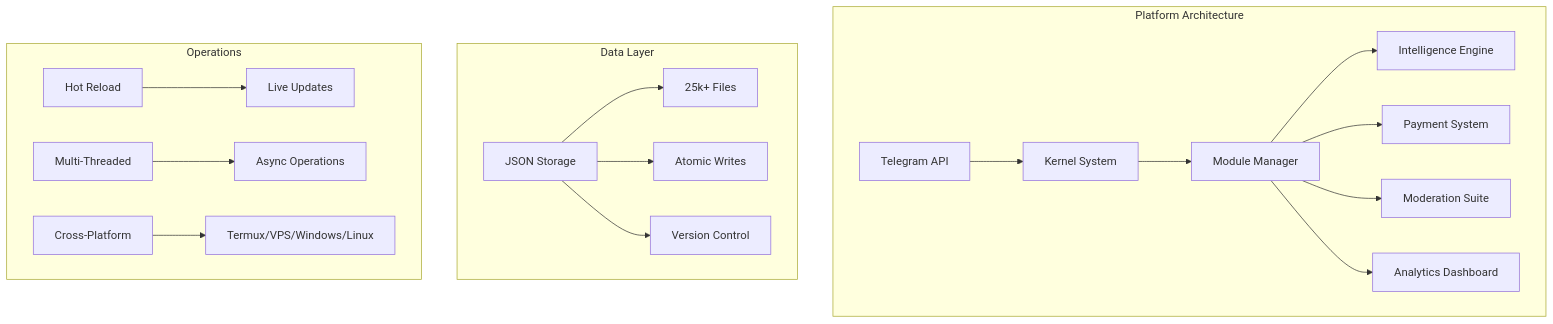
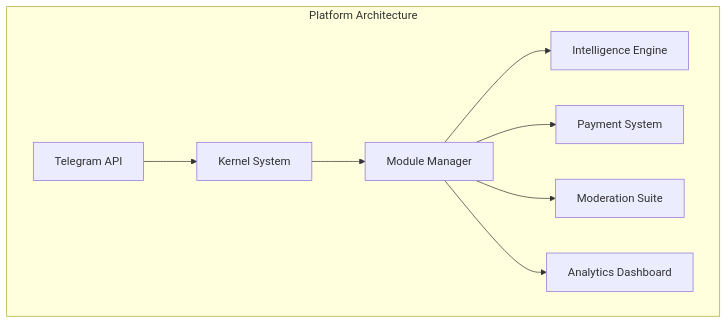
The first of 3 diagrams in README.md (master-pd/blue-rose), drawn with Mermaid before and after one commit.

````diff
--- a/README.md
+++ b/README.md
@@ -33,22 +33,11 @@
 ```mermaid
 graph TB
     subgraph "Platform Architecture"
         A[Telegram API] --> B[Kernel System]
         B --> C[Module Manager]
         C --> D[Intelligence Engine]
         C --> E[Payment System]
         C --> F[Moderation Suite]
         C --> G[Analytics Dashboard]
     end
-    
-    subgraph "Data Layer"
-        H[JSON Storage] --> I[25k+ Files]
-        H --> J[Atomic Writes]
-        H --> K[Version Control]
-    end
-    subgraph "Operations"
-        L[Hot Reload] --> M[Live Updates]
-        N[Multi-Threaded] --> O[Async Operations]
-        P[Cross-Platform] --> Q[Termux/VPS/Windows/Linux]
-    end
 ```
````
